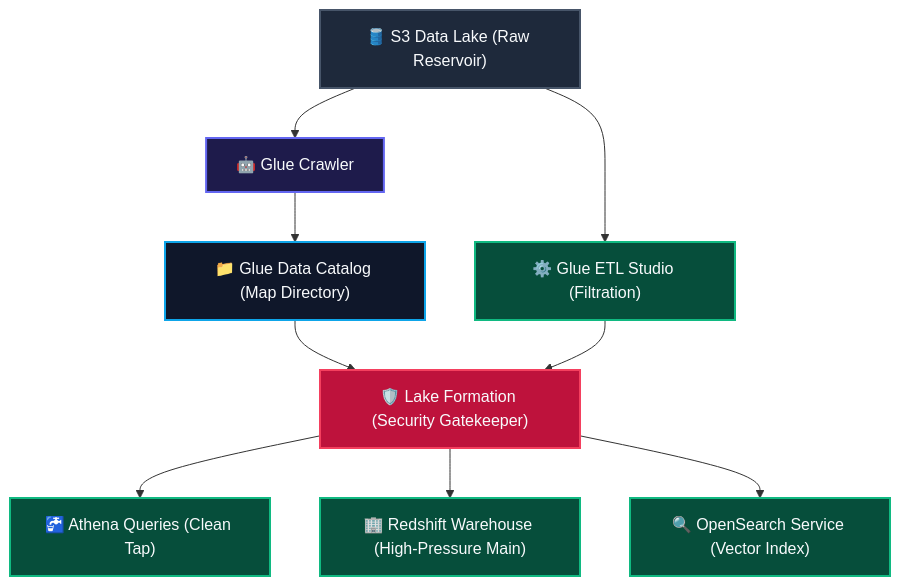
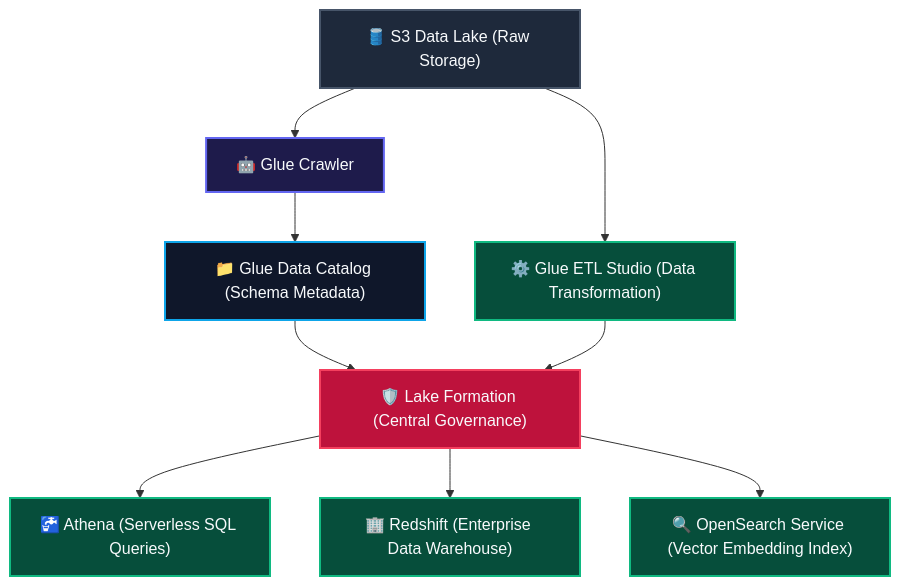
One commit to AmitBhagat/aws-ai-practitioner changed the diagram in detailed_topics/09_data_integration_lakes_and_query_services.md. Above: the diagram before and after it, drawn with Mermaid. The commit also changed other lines of this file and 114 other files, not shown here.

````diff
--- a/detailed_topics/09_data_integration_lakes_and_query_services.md
+++ b/detailed_topics/09_data_integration_lakes_and_query_services.md
@@ -11,17 +11,17 @@
 ```mermaid
 graph TD
     classDef storage fill:#1e293b,stroke:#475569,color:#f8fafc,stroke-width:2px;
     classDef process fill:#1e1b4b,stroke:#6366f1,color:#f8fafc,stroke-width:2px;
     classDef meta fill:#0f172a,stroke:#0ea5e9,color:#f8fafc,stroke-width:2px;
     classDef security fill:#be123c,stroke:#f43f5e,color:#f8fafc,stroke-width:2px;
     classDef compute fill:#064e3b,stroke:#10b981,color:#f8fafc,stroke-width:2px;
 
-    S3["🛢️ S3 Data Lake (Raw Reservoir)"]:::storage --> Crawler["🤖 Glue Crawler"]:::process
-    Crawler --> Catalog["📁 Glue Data Catalog (Map Directory)"]:::meta
-    Catalog --> LF["🛡️ Lake Formation (Security Gatekeeper)"]:::security
-    S3 --> Glue["⚙️ Glue ETL Studio (Filtration)"]:::compute
+    S3["🛢️ S3 Data Lake (Raw Storage)"]:::storage --> Crawler["🤖 Glue Crawler"]:::process
+    Crawler --> Catalog["📁 Glue Data Catalog (Schema Metadata)"]:::meta
+    Catalog --> LF["🛡️ Lake Formation (Central Governance)"]:::security
+    S3 --> Glue["⚙️ Glue ETL Studio (Data Transformation)"]:::compute
     Glue --> LF
-    LF --> Athena["🚰 Athena Queries (Clean Tap)"]:::compute
-    LF --> Redshift["🏢 Redshift Warehouse (High-Pressure Main)"]:::compute
-    LF --> OpenSearch["🔍 OpenSearch Service (Vector Index)"]:::compute
+    LF --> Athena["🚰 Athena (Serverless SQL Queries)"]:::compute
+    LF --> Redshift["🏢 Redshift (Enterprise Data Warehouse)"]:::compute
+    LF --> OpenSearch["🔍 OpenSearch Service (Vector Embedding Index)"]:::compute
 ```
````
